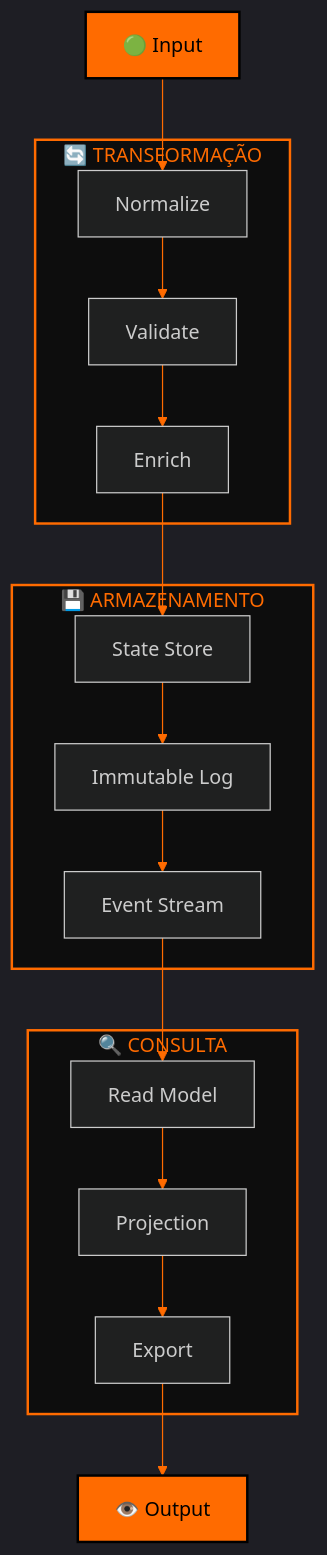
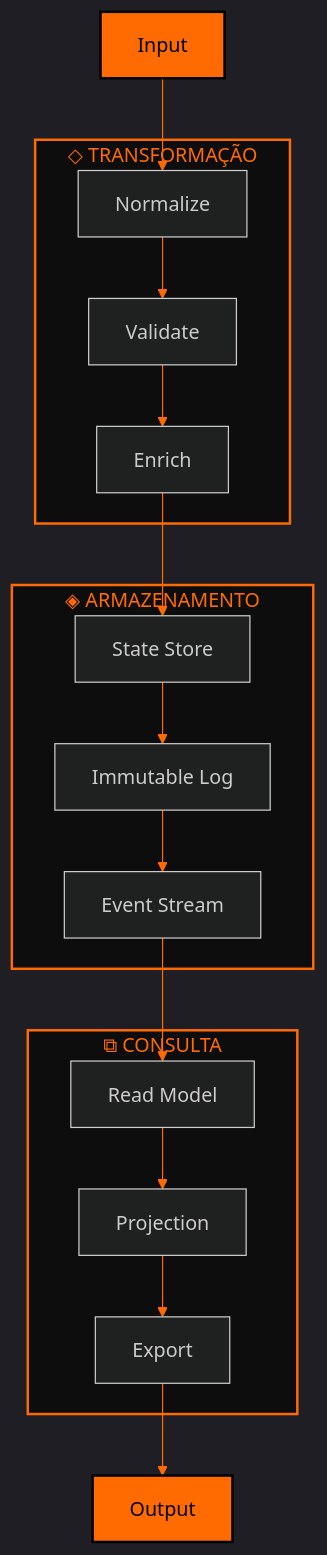
One commit to neomello/punk-ecosistemas-dados changed the sixth of 7 diagrams in docs/ECOSYSTEM-DIAGRAM.md. Above: the diagram before and after it, drawn with Mermaid. The commit also changed other lines of this file and 14 other files, not shown here.

````diff
--- a/docs/ECOSYSTEM-DIAGRAM.md
+++ b/docs/ECOSYSTEM-DIAGRAM.md
@@ -263,41 +268,41 @@
 ```mermaid
 %%{init: {'flowchart': {'curve': 'linear'}, 'theme': 'dark', 'themeVariables': { 'primaryColor': '#FF6B00', 'primaryTextColor': '#000', 'primaryBorderColor': '#000', 'lineColor': '#FF6B00'}}}%%
 
 graph TB
-    START["🟢 Input"] 
+    START["Input"] 
     
-    subgraph TRANSFORM["🔄 TRANSFORMAÇÃO"]
+    subgraph TRANSFORM["◇ TRANSFORMAÇÃO"]
         T1["Normalize"]
         T2["Validate"]
         T3["Enrich"]
     end
     
-    subgraph STORE["💾 ARMAZENAMENTO"]
+    subgraph STORE["◈ ARMAZENAMENTO"]
         S1["State Store"]
         S2["Immutable Log"]
         S3["Event Stream"]
     end
     
-    subgraph QUERY["🔍 CONSULTA"]
+    subgraph QUERY["⧉ CONSULTA"]
         Q1["Read Model"]
         Q2["Projection"]
         Q3["Export"]
     end
     
-    END["👁️ Output"]
+    END["Output"]
     
     START --> T1 --> T2 --> T3
     T3 --> S1
     S1 --> S2
     S2 --> S3
     S3 --> Q1
     Q1 --> Q2
     Q2 --> Q3
     Q3 --> END
     
     style START fill:#FF6B00,stroke:#000,stroke-width:2px,color:#000
     style TRANSFORM fill:#0d0d0d,stroke:#FF6B00,stroke-width:2px,color:#FF6B00
     style STORE fill:#0d0d0d,stroke:#FF6B00,stroke-width:2px,color:#FF6B00
     style QUERY fill:#0d0d0d,stroke:#FF6B00,stroke-width:2px,color:#FF6B00
     style END fill:#FF6B00,stroke:#000,stroke-width:2px,color:#000
 ```
````
